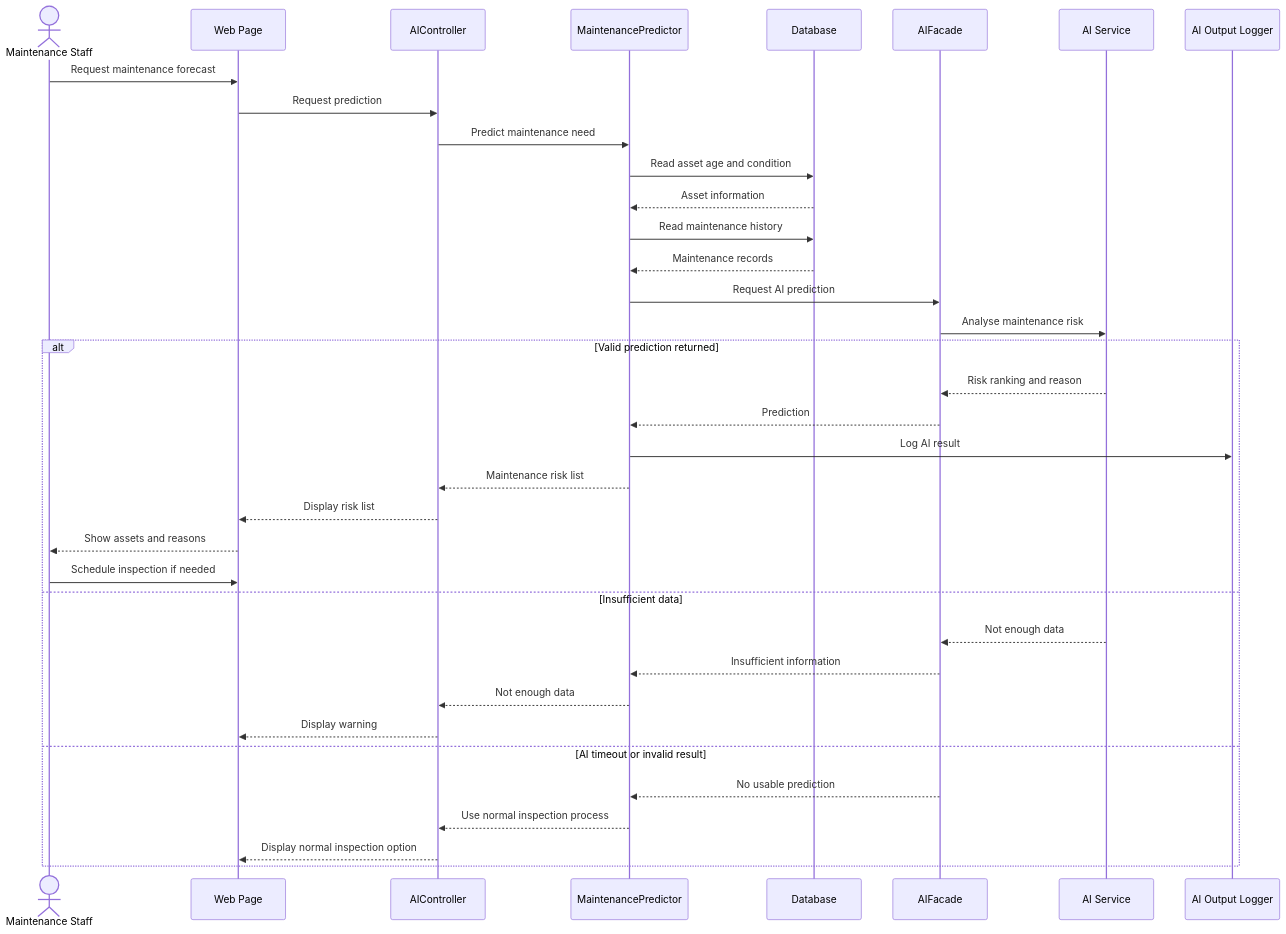
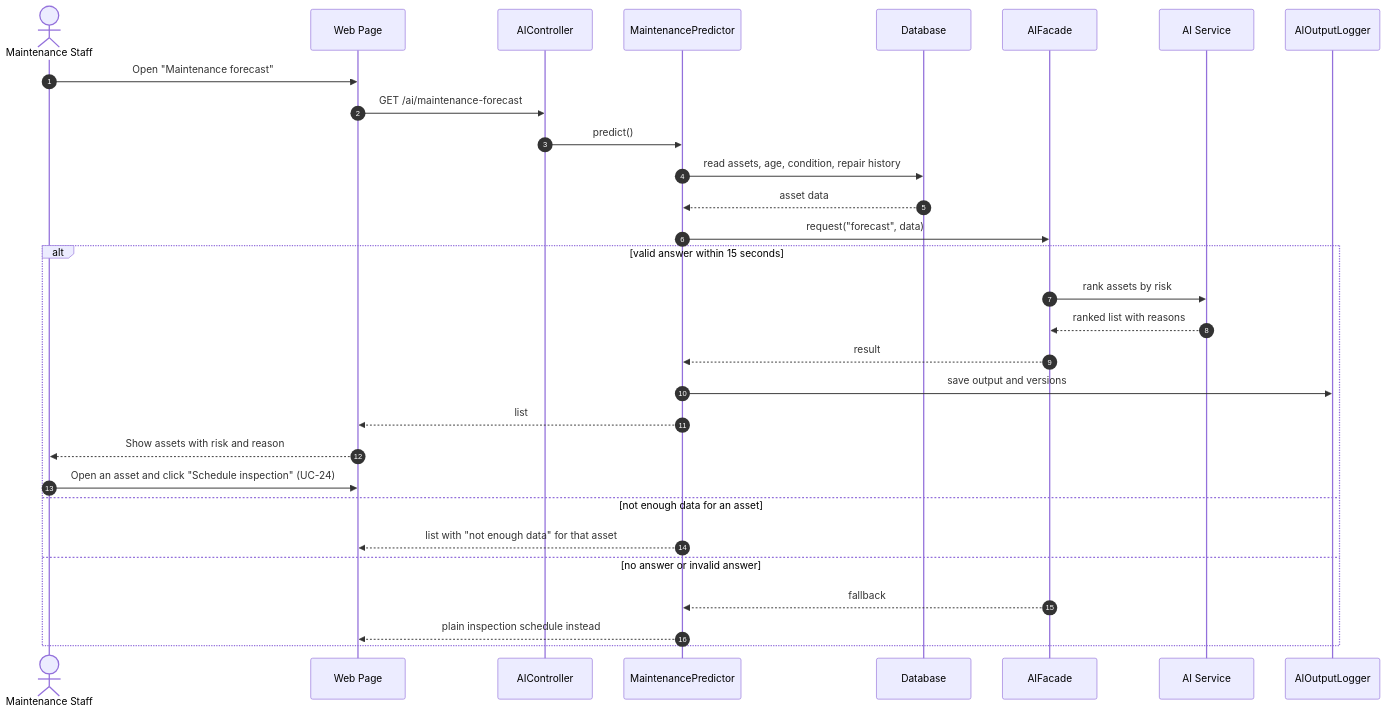
One commit to Abdulla66541/COSC336-GROUP5 changed the ninth of 12 diagrams in phase 4-5/04_part4_ai_and_sustainability.md. Above: the diagram before and after it, drawn with Mermaid. The commit also changed other lines of this file, not shown here.

````diff
--- a/phase 4-5/04_part4_ai_and_sustainability.md
+++ b/phase 4-5/04_part4_ai_and_sustainability.md
@@ -497,42 +454,36 @@
 ```mermaid
 sequenceDiagram
+    autonumber
     actor MS as Maintenance Staff
     participant UI as Web Page
-    participant AIC as AIController
-    participant MP as MaintenancePredictor
+    participant AIController
+    participant MaintenancePredictor
     participant DB as Database
-    participant AF as AIFacade
-    participant AI as AI Service
-    participant LOG as AI Output Logger
+    participant AIFacade
+    participant AIService as AI Service
+    participant Log as AIOutputLogger
 
-    MS->>UI: Request maintenance forecast
-    UI->>AIC: Request prediction
-    AIC->>MP: Predict maintenance need
-    MP->>DB: Read asset age and condition
-    DB-->>MP: Asset information
-    MP->>DB: Read maintenance history
-    DB-->>MP: Maintenance records
-    MP->>AF: Request AI prediction
-    AF->>AI: Analyse maintenance risk
+    MS->>UI: Open "Maintenance forecast"
+    UI->>AIController: GET /ai/maintenance-forecast
+    AIController->>MaintenancePredictor: predict()
+    MaintenancePredictor->>DB: read assets, age, condition, repair history
+    DB-->>MaintenancePredictor: asset data
+    MaintenancePredictor->>AIFacade: request("forecast", data)
 
-    alt Valid prediction returned
-        AI-->>AF: Risk ranking and reason
-        AF-->>MP: Prediction
-        MP->>LOG: Log AI result
-        MP-->>AIC: Maintenance risk list
-        AIC-->>UI: Display risk list
-        UI-->>MS: Show assets and reasons
-        MS->>UI: Schedule inspection if needed
+    alt valid answer within 15 seconds
+        AIFacade->>AIService: rank assets by risk
+        AIService-->>AIFacade: ranked list with reasons
+        AIFacade-->>MaintenancePredictor: result
+        MaintenancePredictor->>Log: save output and versions
+        MaintenancePredictor-->>UI: list
+        UI-->>MS: Show assets with risk and reason
+        MS->>UI: Open an asset and click "Schedule inspection" (UC-24)
 
-    else Insufficient data
-        AI-->>AF: Not enough data
-        AF-->>MP: Insufficient information
-        MP-->>AIC: Not enough data
-        AIC-->>UI: Display warning
+    else not enough data for an asset
+        MaintenancePredictor-->>UI: list with "not enough data" for that asset
 
-    else AI timeout or invalid result
-        AF-->>MP: No usable prediction
-        MP-->>AIC: Use normal inspection process
-        AIC-->>UI: Display normal inspection option
+    else no answer or invalid answer
+        AIFacade-->>MaintenancePredictor: fallback
+        MaintenancePredictor-->>UI: plain inspection schedule instead
     end
 ```
````
